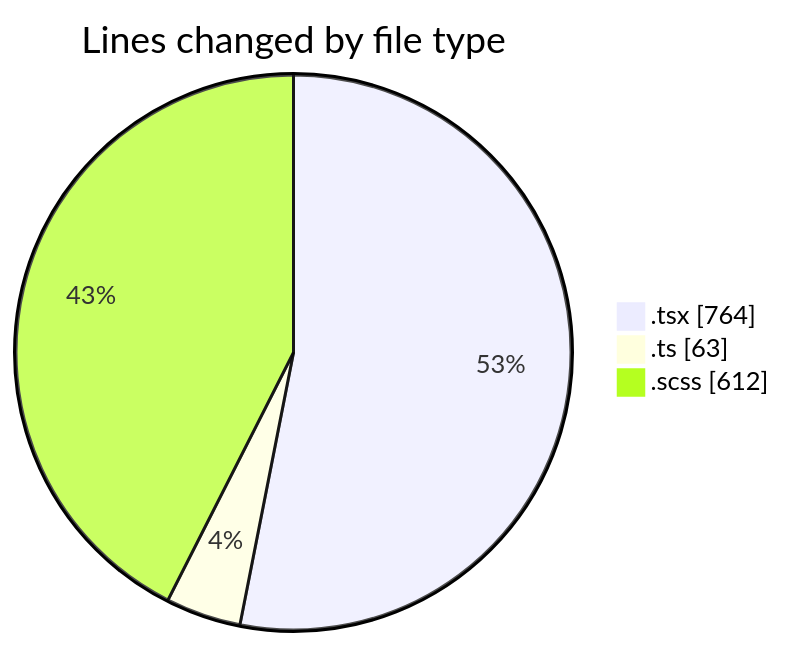
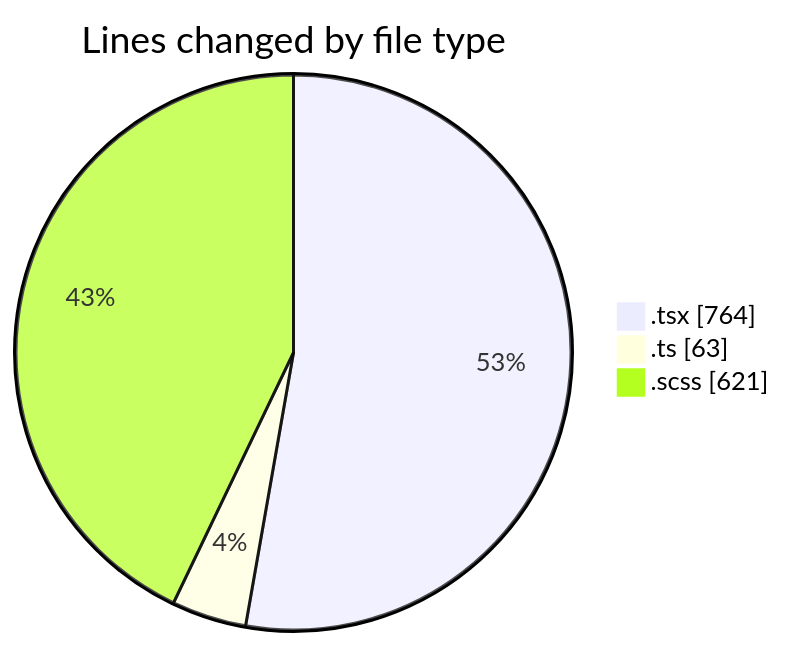
One commit to momahboobian/code-tracking changed the first of 2 diagrams in 2025-04-02/cda/README.md. Above: the diagram before and after it, drawn with Mermaid. The commit also changed other lines of this file and 1 other file, not shown here.

````diff
--- a/2025-04-02/cda/README.md
+++ b/2025-04-02/cda/README.md
@@ -26,7 +26,7 @@
 ```mermaid
 pie showData
 title Lines changed by file type
 ".tsx" : 764
 ".ts" : 63
-".scss" : 612
+".scss" : 621
 ```
````
